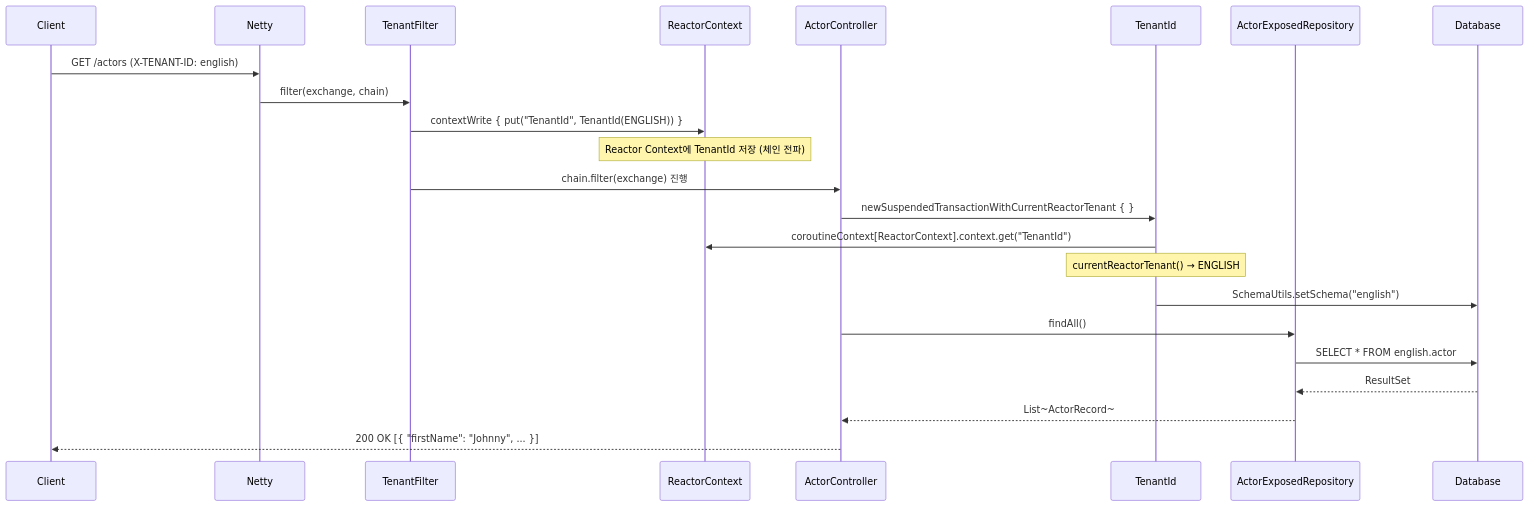
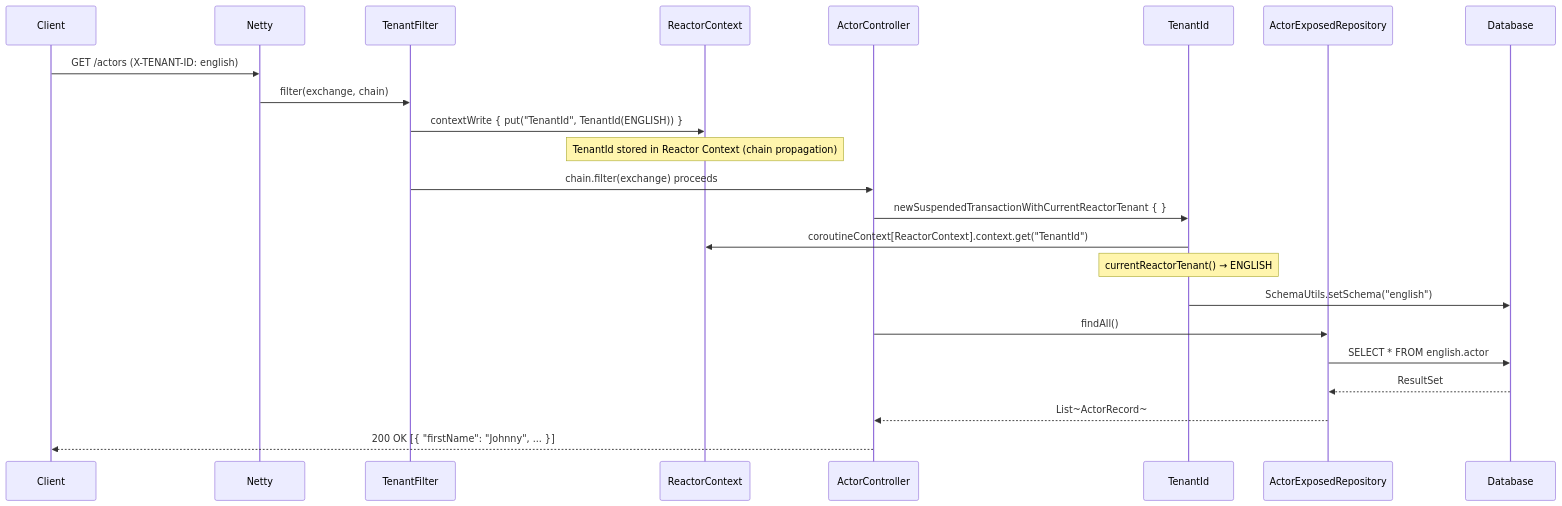
One commit to bluetape4k/exposed-workshop changed the fourth of 4 diagrams in 10-multi-tenant/03-multitenant-spring-webflux/README.md. Above: the diagram before and after it, drawn with Mermaid. The commit also changed other lines of this file and 115 other files, not shown here.

````diff
--- a/10-multi-tenant/03-multitenant-spring-webflux/README.md
+++ b/10-multi-tenant/03-multitenant-spring-webflux/README.md
@@ -178,30 +178,30 @@
 ```mermaid
 sequenceDiagram
     participant Client
     participant Netty
     participant TenantFilter
     participant ReactorContext
     participant ActorController
     participant TenantId
     participant ActorExposedRepository
     participant Database
 
     Client->>Netty: GET /actors (X-TENANT-ID: english)
     Netty->>TenantFilter: filter(exchange, chain)
 
     TenantFilter->>ReactorContext: contextWrite { put("TenantId", TenantId(ENGLISH)) }
-    Note over ReactorContext: Reactor Context에 TenantId 저장 (체인 전파)
+    Note over ReactorContext: TenantId stored in Reactor Context (chain propagation)
 
-    TenantFilter->>ActorController: chain.filter(exchange) 진행
+    TenantFilter->>ActorController: chain.filter(exchange) proceeds
 
     ActorController->>TenantId: newSuspendedTransactionWithCurrentReactorTenant { }
     TenantId->>ReactorContext: coroutineContext[ReactorContext].context.get("TenantId")
     Note over TenantId: currentReactorTenant() → ENGLISH
 
     TenantId->>Database: SchemaUtils.setSchema("english")
     ActorController->>ActorExposedRepository: findAll()
     ActorExposedRepository->>Database: SELECT * FROM english.actor
     Database-->>ActorExposedRepository: ResultSet
     ActorExposedRepository-->>ActorController: List~ActorRecord~
     ActorController-->>Client: 200 OK [{ "firstName": "Johnny", ... }]
 ```
````
